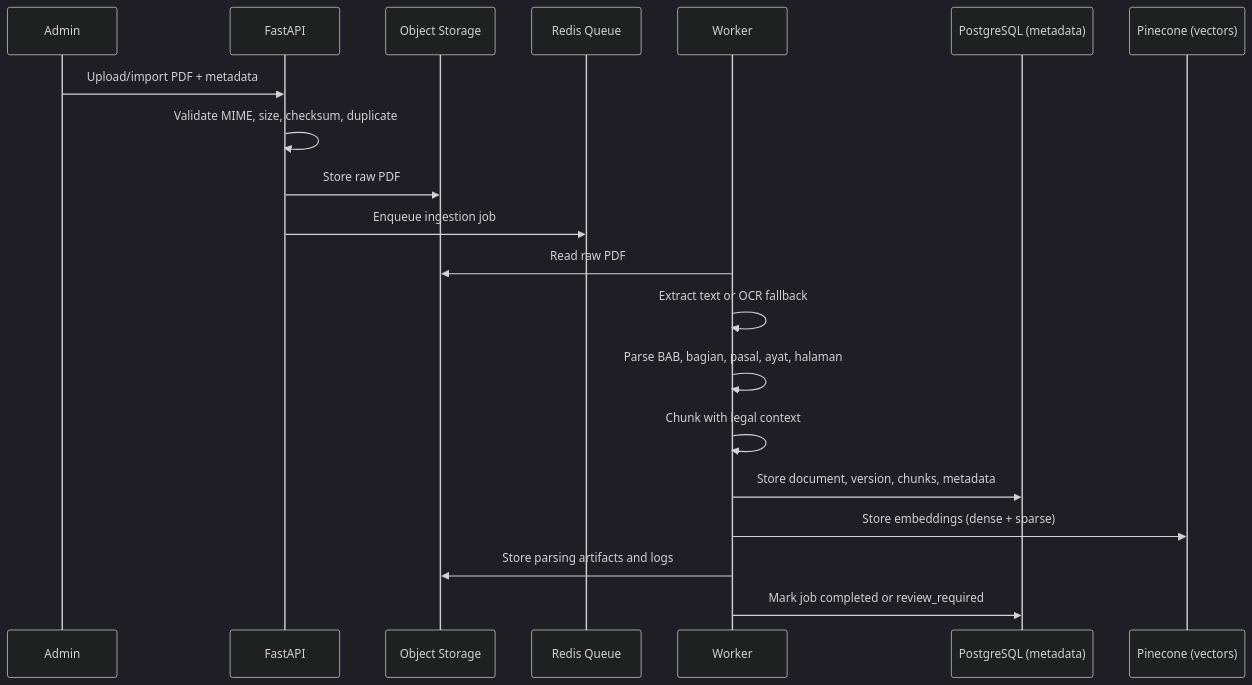
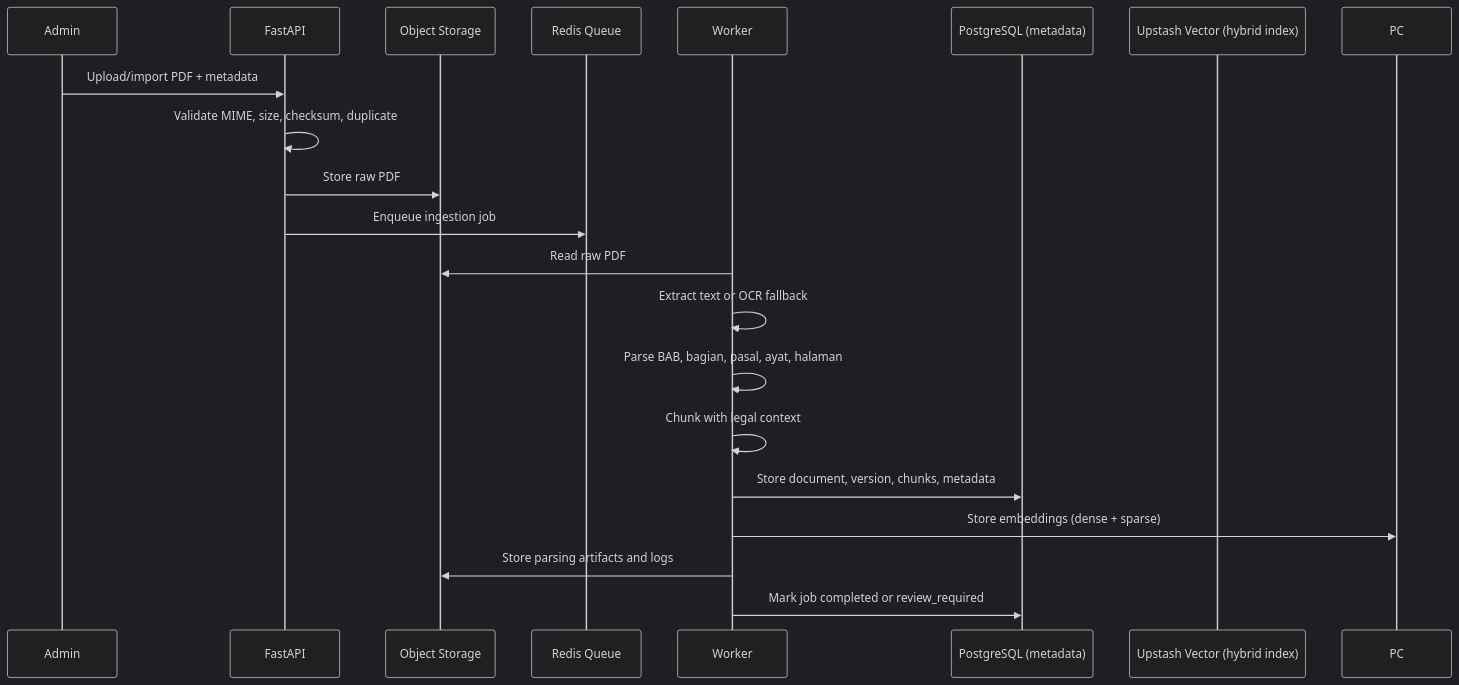
Before and after one commit to alfandoo/kerjapedia-ai: the second of 3 diagrams in docs/ARCHITECTURE.md, drawn with Mermaid (dark theme). The commit also changed other lines of this file and 76 other files, not shown here.

````diff
--- a/docs/ARCHITECTURE.md
+++ b/docs/ARCHITECTURE.md
@@ -52,23 +52,23 @@
 ```mermaid
 sequenceDiagram
     participant A as Admin
     participant API as FastAPI
     participant S as Object Storage
     participant Q as Redis Queue
     participant W as Worker
     participant DB as PostgreSQL (metadata)
-    participant PC as Pinecone (vectors)
+    participant UV as Upstash Vector (hybrid index)
 
     A->>API: Upload/import PDF + metadata
     API->>API: Validate MIME, size, checksum, duplicate
     API->>S: Store raw PDF
     API->>Q: Enqueue ingestion job
     W->>S: Read raw PDF
     W->>W: Extract text or OCR fallback
     W->>W: Parse BAB, bagian, pasal, ayat, halaman
     W->>W: Chunk with legal context
     W->>DB: Store document, version, chunks, metadata
     W->>PC: Store embeddings (dense + sparse)
     W->>S: Store parsing artifacts and logs
     W->>DB: Mark job completed or review_required
 ```
````
